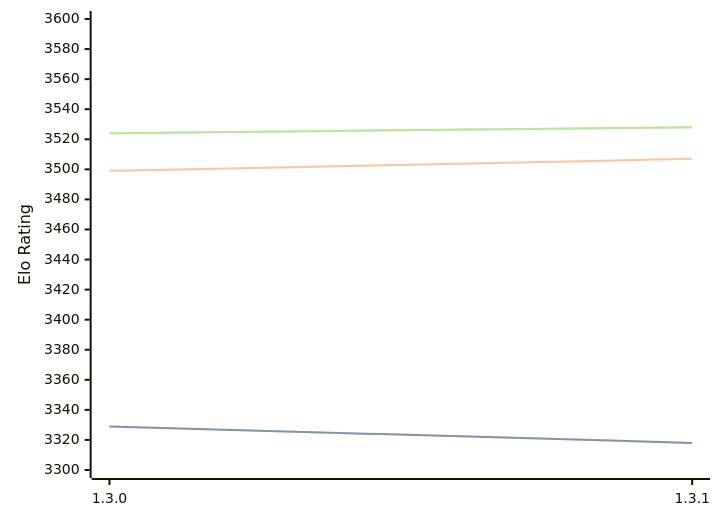
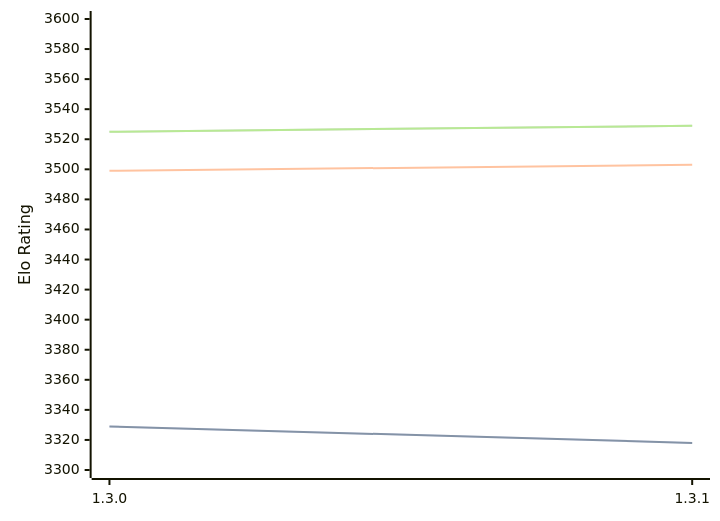
Before and after one commit to computer-chess-index/cci: the diagram in engines/Renegade.md, drawn with Mermaid. The commit also changed other lines of this file, not shown here.

Commit message:
Update CCI Ratings (ELO VLTC) - 2026-07-20

````diff
--- a/engines/Renegade.md
+++ b/engines/Renegade.md
@@ -42,11 +42,11 @@
 ```mermaid
 %%{init: {"theme":"base","themeVariables":{"seriesColors:['#a3a3a3','#222221','#faa371']}}}%%
 xychart-beta
   x-axis ["1.3.0", "1.3.1"]
   y-axis "Elo Rating" 3300 --> 3600
   line "STC (8.0+0.08s)" [3329, 3318]
   line "STC (8.0+0.08s)" [3329, 3318]
-  line "LTC (60.0+0.60s)" [3499, 3507]
-  line "VLTC (2m24s+1.12s)" [3524, 3528]
-  line "VLTC (2m24s+1.12s)" [3524, 3528]
+  line "LTC (60.0+0.60s)" [3499, 3503]
+  line "VLTC (2m24s+1.12s)" [3525, 3529]
+  line "VLTC (2m24s+1.12s)" [3525, 3529]
 ```
````
